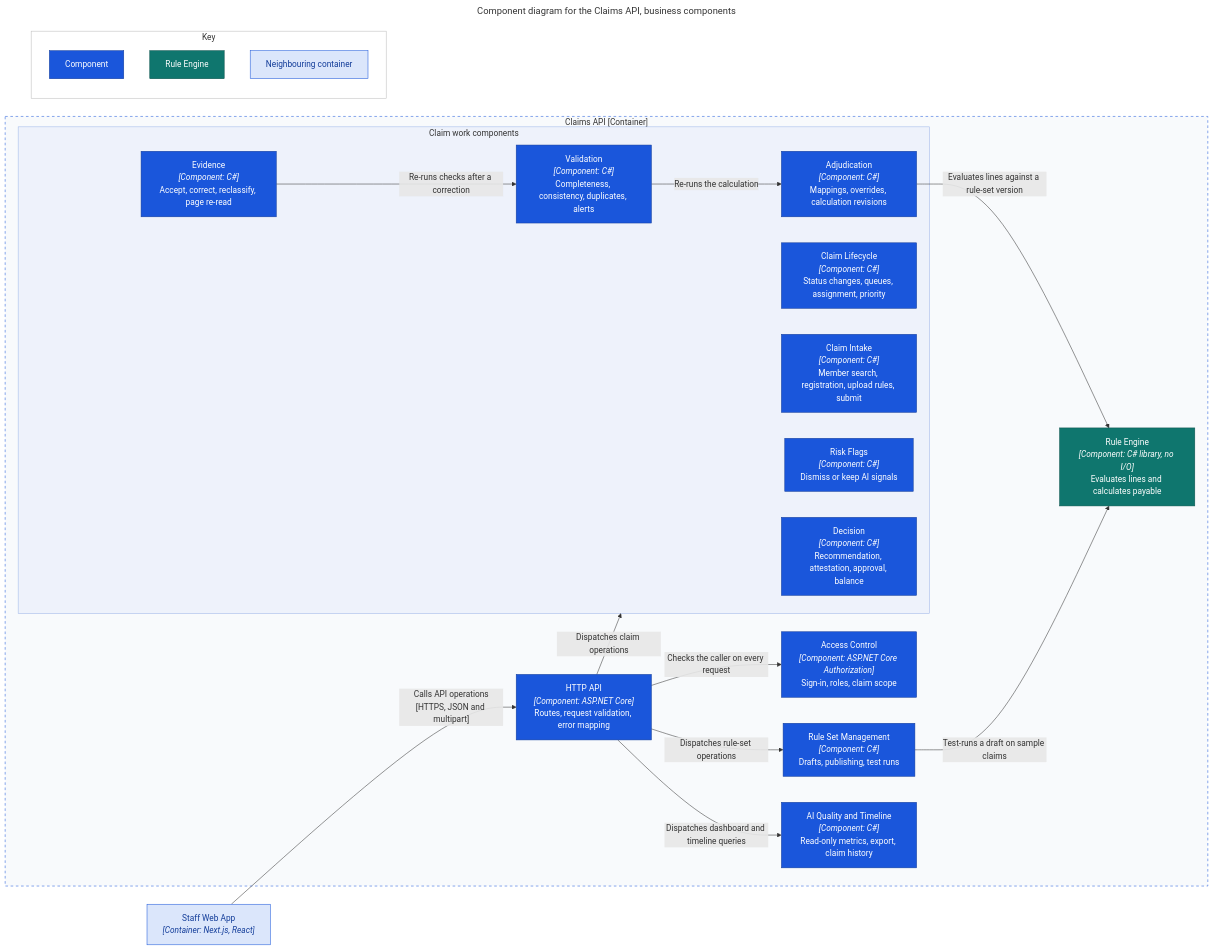
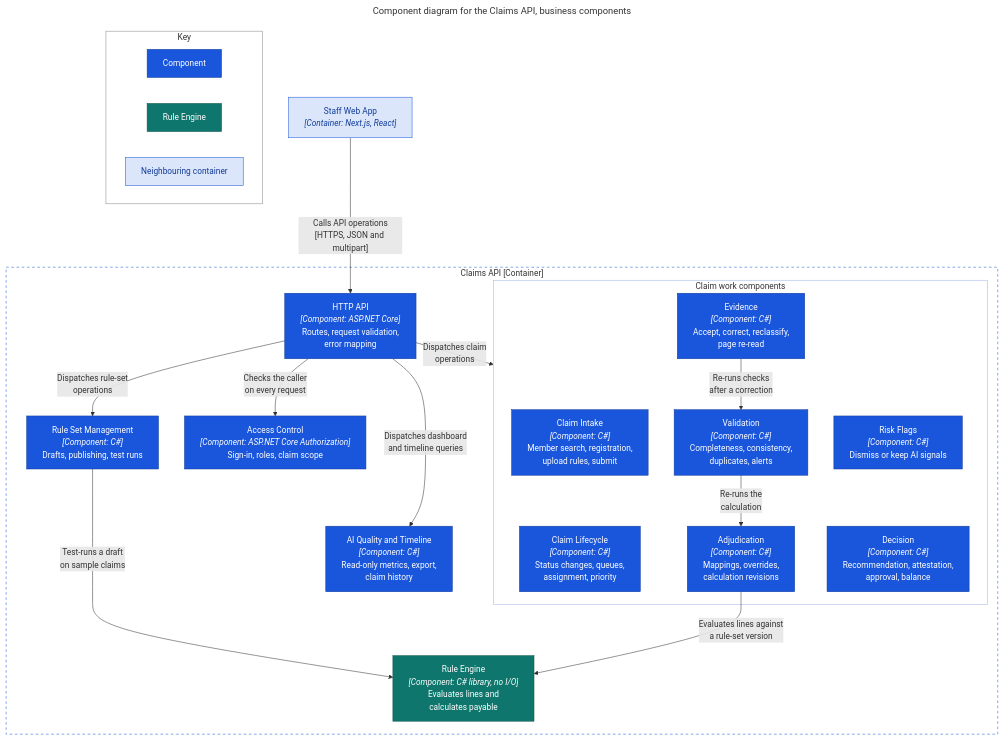
The first of 2 diagrams in docs/architecture/c4/03-component-claims-api.md (cuonglpv/PMDC-AITHUCCHIEN), drawn with Mermaid before and after one commit. The commit also changed other lines of this file and 3 other files, not shown here.

First line of the commit message:
docs: make C4 diagrams readable on GitHub

````diff
--- a/docs/architecture/c4/03-component-claims-api.md
+++ b/docs/architecture/c4/03-component-claims-api.md
@@ -9,52 +9,59 @@
 ```mermaid
 ---
 title: Component diagram for the Claims API, business components
+config:
+  flowchart:
+    wrappingWidth: 320
 ---
-flowchart LR
+flowchart TB
     web["Staff Web App<br/><i>[Container: Next.js, React]</i>"]
 
     subgraph api["Claims API [Container]"]
-        http["HTTP API<br/><i>[Component: ASP.NET Core]</i><br/>Routes, request validation, error mapping"]
+        http["HTTP API<br/><i>[Component: ASP.NET Core]</i><br/>Routes, request validation,<br/>error mapping"]
         access["Access Control<br/><i>[Component: ASP.NET Core Authorization]</i><br/>Sign-in, roles, claim scope"]
 
         subgraph work["Claim work components"]
-            intake["Claim Intake<br/><i>[Component: C#]</i><br/>Member search, registration, upload rules, submit"]
-            lifecycle["Claim Lifecycle<br/><i>[Component: C#]</i><br/>Status changes, queues, assignment, priority"]
-            evidence["Evidence<br/><i>[Component: C#]</i><br/>Accept, correct, reclassify, page re-read"]
-            validation["Validation<br/><i>[Component: C#]</i><br/>Completeness, consistency, duplicates, alerts"]
-            adjudication["Adjudication<br/><i>[Component: C#]</i><br/>Mappings, overrides, calculation revisions"]
+            intake["Claim Intake<br/><i>[Component: C#]</i><br/>Member search, registration,<br/>upload rules, submit"]
+            lifecycle["Claim Lifecycle<br/><i>[Component: C#]</i><br/>Status changes, queues,<br/>assignment, priority"]
+            evidence["Evidence<br/><i>[Component: C#]</i><br/>Accept, correct, reclassify,<br/>page re-read"]
+            validation["Validation<br/><i>[Component: C#]</i><br/>Completeness, consistency,<br/>duplicates, alerts"]
+            adjudication["Adjudication<br/><i>[Component: C#]</i><br/>Mappings, overrides,<br/>calculation revisions"]
             risk["Risk Flags<br/><i>[Component: C#]</i><br/>Dismiss or keep AI signals"]
-            decision["Decision<br/><i>[Component: C#]</i><br/>Recommendation, attestation, approval, balance"]
+            decision["Decision<br/><i>[Component: C#]</i><br/>Recommendation, attestation,<br/>approval, balance"]
         end
 
         rulesets["Rule Set Management<br/><i>[Component: C#]</i><br/>Drafts, publishing, test runs"]
-        insights["AI Quality and Timeline<br/><i>[Component: C#]</i><br/>Read-only metrics, export, claim history"]
-        engine["Rule Engine<br/><i>[Component: C# library, no I/O]</i><br/>Evaluates lines and calculates payable"]
+        insights["AI Quality and Timeline<br/><i>[Component: C#]</i><br/>Read-only metrics, export,<br/>claim history"]
+        engine["Rule Engine<br/><i>[Component: C# library, no I/O]</i><br/>Evaluates lines and<br/>calculates payable"]
     end
 
     web -- "Calls API operations<br/>[HTTPS, JSON and multipart]" --> http
-    http -- "Checks the caller on every request" --> access
-    http -- "Dispatches claim operations" --> work
-    http -- "Dispatches rule-set operations" --> rulesets
-    http -- "Dispatches dashboard and timeline queries" --> insights
-    evidence -- "Re-runs checks after a correction" --> validation
-    validation -- "Re-runs the calculation" --> adjudication
-    adjudication -- "Evaluates lines against a rule-set version" --> engine
-    rulesets -- "Test-runs a draft on sample claims" --> engine
+    http -- "Checks the caller<br/>on every request" --> access
+    http -- "Dispatches claim<br/>operations" --> work
+    http -- "Dispatches rule-set<br/>operations" --> rulesets
+    http -- "Dispatches dashboard<br/>and timeline queries" --> insights
+    evidence -- "Re-runs checks<br/>after a correction" --> validation
+    validation -- "Re-runs the<br/>calculation" --> adjudication
+    adjudication -- "Evaluates lines against<br/>a rule-set version" --> engine
+    rulesets -- "Test-runs a draft<br/>on sample claims" --> engine
+    intake ~~~ lifecycle
+    risk ~~~ decision
+    access ~~~ insights
 
     subgraph key["Key"]
+        direction LR
         keyComponent["Component"]
         keyEngine["Rule Engine"]
         keyNeighbour["Neighbouring container"]
     end
 
     classDef component fill:#1a56db,color:#fff,stroke:#123c99
     classDef ruleEngine fill:#0f766e,color:#fff,stroke:#0b524c
     classDef neighbour fill:#dbe6fb,color:#123c99,stroke:#1a56db
     class http,access,intake,lifecycle,evidence,validation,adjudication,risk,decision,rulesets,insights,keyComponent component
     class engine,keyEngine ruleEngine
     class web,keyNeighbour neighbour
-    style api fill:#f8fafc,stroke:#1a56db,stroke-dasharray:5 5
-    style work fill:#eef2fb,stroke:#9db5e8
-    style key fill:#fff,stroke:#bbb
+    style api fill:transparent,stroke:#1a56db,stroke-dasharray:5 5
+    style work fill:transparent,stroke:#9db5e8
+    style key fill:transparent,stroke:#888
 ```
````
